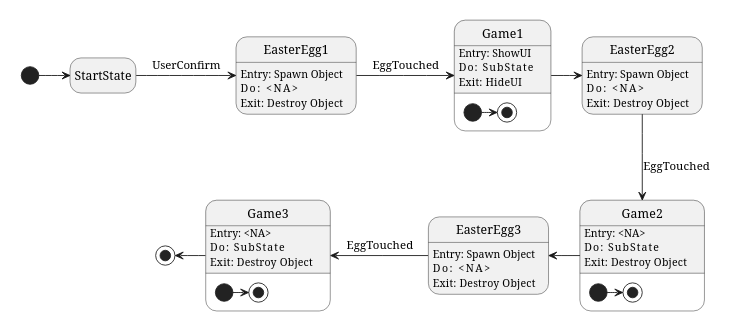
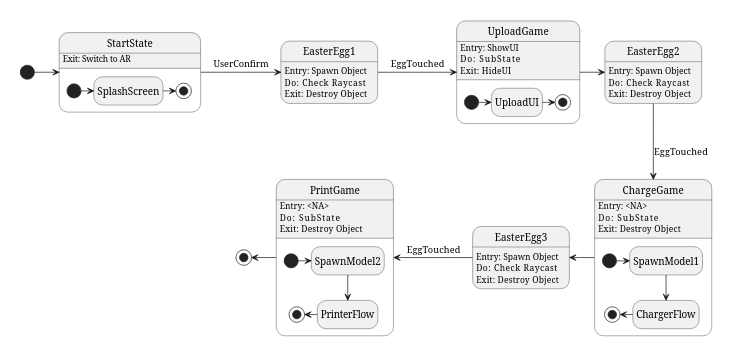
One commit to Ubus99/AR_Project changed the diagram in Documentation/OveralStateMachine.puml. Above: the diagram before and after it, drawn with PlantUML. The commit also changed 8 other files, not shown here.

```diff
--- a/Documentation/OveralStateMachine.puml
+++ b/Documentation/OveralStateMachine.puml
@@ -1,53 +1,64 @@
 @startuml
 'https://plantuml.com/state-diagram
 
 scale 350 width
 hide empty description
 skinparam backgroundColor transparent
 
 [*] -> StartState
+state StartState{
+StartState: Exit: Switch to AR
+
+    [*] -> SplashScreen
+    SplashScreen -> [*]
+}
 StartState -> EasterEgg1: UserConfirm
 
 EasterEgg1: Entry:  Spawn Object
-EasterEgg1: Do:     <NA>
+EasterEgg1: Do:     Check Raycast
 EasterEgg1: Exit:   Destroy Object
-EasterEgg1 -> Game1: EggTouched
+EasterEgg1 -> UploadGame: EggTouched
 
-state Game1 {
-    Game1: Entry:  ShowUI
-    Game1: Do:     SubState
-    Game1: Exit:   HideUI
+state UploadGame {
+    UploadGame: Entry:  ShowUI
+    UploadGame: Do:     SubState
+    UploadGame: Exit:   HideUI
 
-    [*] -> [*]
+    [*] -> UploadUI
+    UploadUI -> [*]
 }
-Game1 -> EasterEgg2
+UploadGame -> EasterEgg2
 
 EasterEgg2: Entry:  Spawn Object
-EasterEgg2: Do:     <NA>
+EasterEgg2: Do:     Check Raycast
 EasterEgg2: Exit:   Destroy Object
-EasterEgg2 --> Game2: EggTouched
+EasterEgg2 --> ChargeGame: EggTouched
 
-state Game2 {
-    Game2: Entry:  <NA>
-    Game2: Do:     SubState
-    Game2: Exit:   Destroy Object
+state ChargeGame {
+    ChargeGame: Entry:  <NA>
+    ChargeGame: Do:     SubState
+    ChargeGame: Exit:   Destroy Object
 
-    [*] -> [*]
+    [*] -> SpawnModel1
+    SpawnModel1 -down-> ChargerFlow
+    ChargerFlow -left-> [*]
 }
-Game2 -left> EasterEgg3
+ChargeGame -left> EasterEgg3
 
 EasterEgg3: Entry:  Spawn Object
-EasterEgg3: Do:     <NA>
+EasterEgg3: Do:     Check Raycast
 EasterEgg3: Exit:   Destroy Object
-EasterEgg3 -left> Game3: EggTouched
+EasterEgg3 -left> PrintGame: EggTouched
 
-state Game3 {
-    Game3: Entry:  <NA>
-    Game3: Do:     SubState
-    Game3: Exit:   Destroy Object
+state PrintGame {
+    PrintGame: Entry:  <NA>
+    PrintGame: Do:     SubState
+    PrintGame: Exit:   Destroy Object
 
-    [*] -> [*]
+    [*] -> SpawnModel2
+    SpawnModel2 -down-> PrinterFlow
+    PrinterFlow -left-> [*]
 }
-Game3 -left> [*]
+PrintGame -left> [*]
 
 @enduml
```
